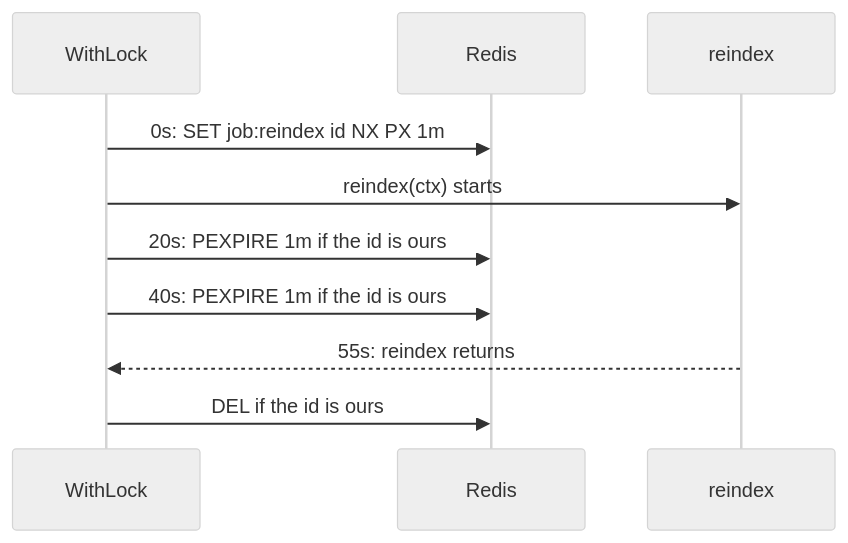
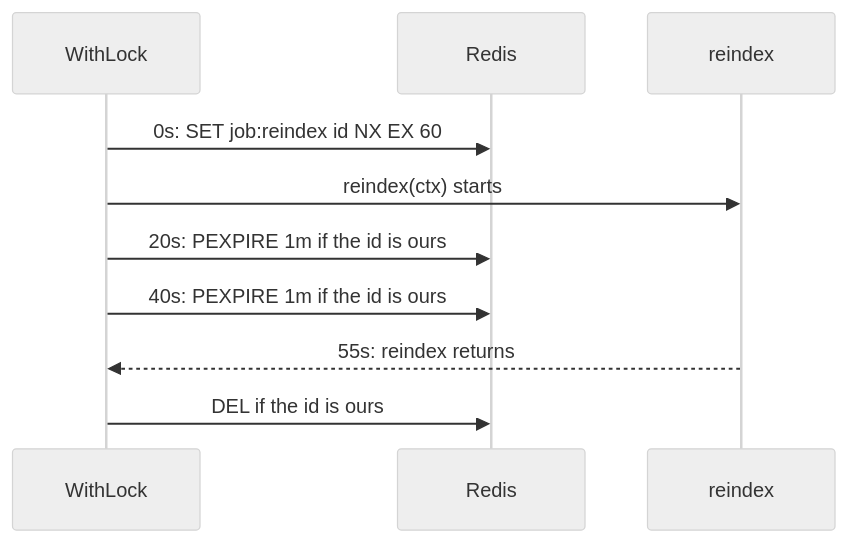
The diagram in docs/en/concepts/locks.md (eugeneliukindev/gashe), drawn with Mermaid (neutral theme) before and after one commit. The commit also changed other lines of this file and 119 other files, not shown here.

````diff
--- a/docs/en/concepts/locks.md
+++ b/docs/en/concepts/locks.md
@@ -27,12 +18,12 @@
 ```mermaid
 sequenceDiagram
     participant W as WithLock
     participant R as Redis
     participant F as reindex
-    W->>R: 0s: SET job:reindex id NX PX 1m
+    W->>R: 0s: SET job:reindex id NX EX 60
     W->>F: reindex(ctx) starts
     W->>R: 20s: PEXPIRE 1m if the id is ours
     W->>R: 40s: PEXPIRE 1m if the id is ours
     F-->>W: 55s: reindex returns
     W->>R: DEL if the id is ours
 ```
````
